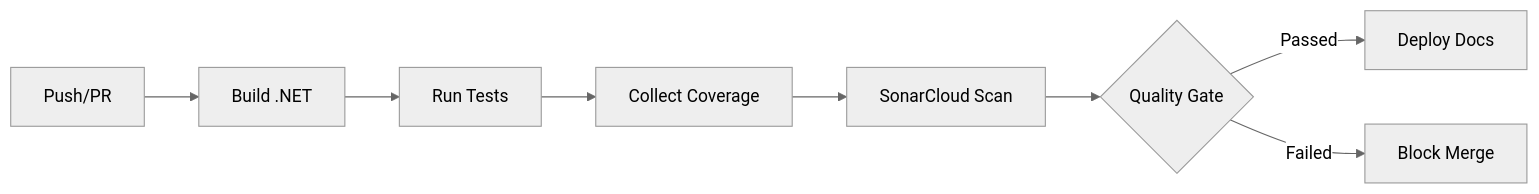
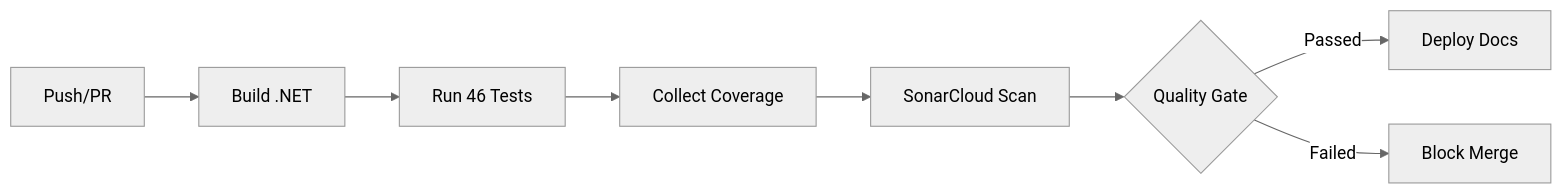
Before and after one commit to HugoRytlewski/AdvancedDevSampleFinal: the first of 2 diagrams in docs/sonarcloud.md, drawn with Mermaid (neutral theme). The commit also changed other lines of this file and 1 other file, not shown here.

Commit message:
docs: update test statistics to 46 tests with 80% coverage

````diff
--- a/docs/sonarcloud.md
+++ b/docs/sonarcloud.md
@@ -57,10 +58,10 @@
 ```mermaid
 graph LR
     A[Push/PR] --> B[Build .NET]
-    B --> C[Run Tests]
+    B --> C[Run 46 Tests]
     C --> D[Collect Coverage]
     D --> E[SonarCloud Scan]
     E --> F{Quality Gate}
     F -->|Passed| G[Deploy Docs]
     F -->|Failed| H[Block Merge]
 ```
````
